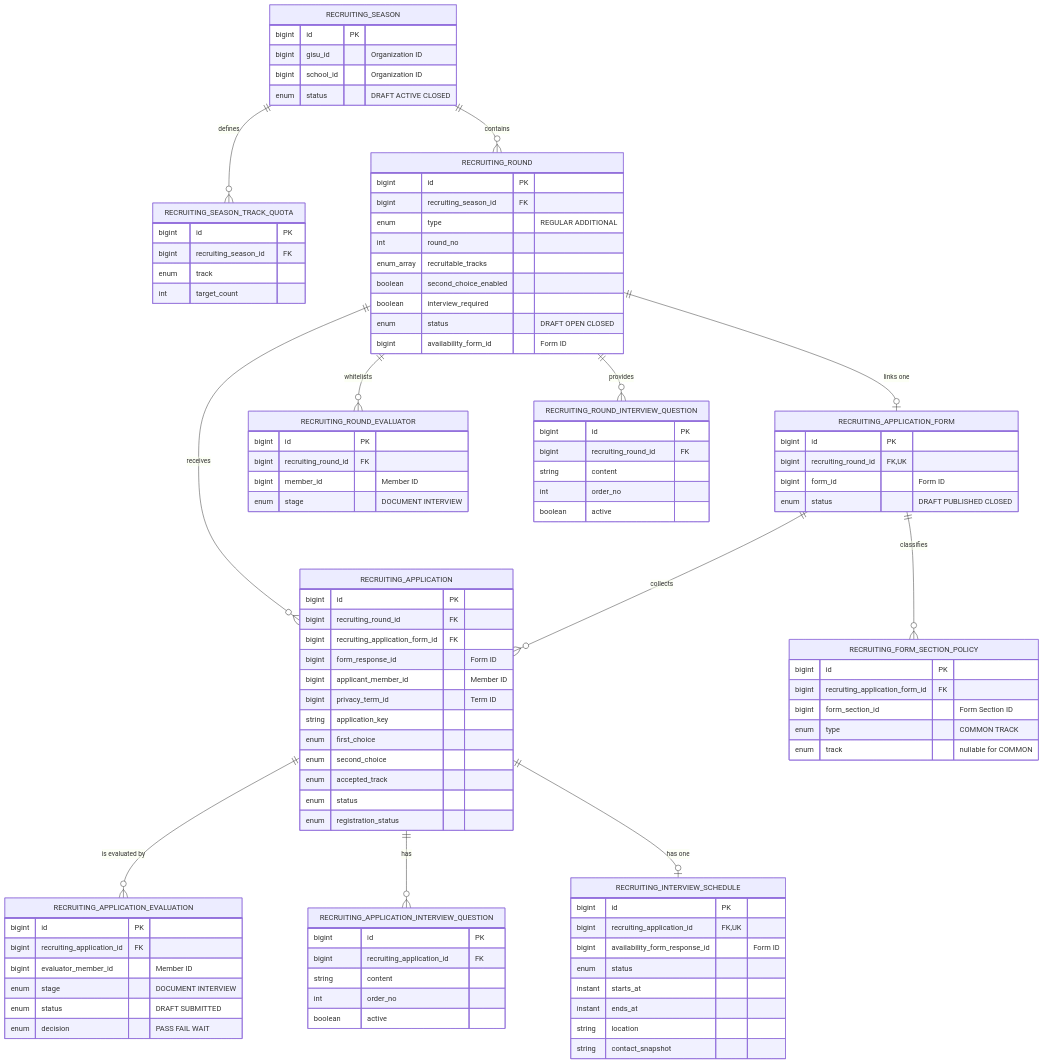
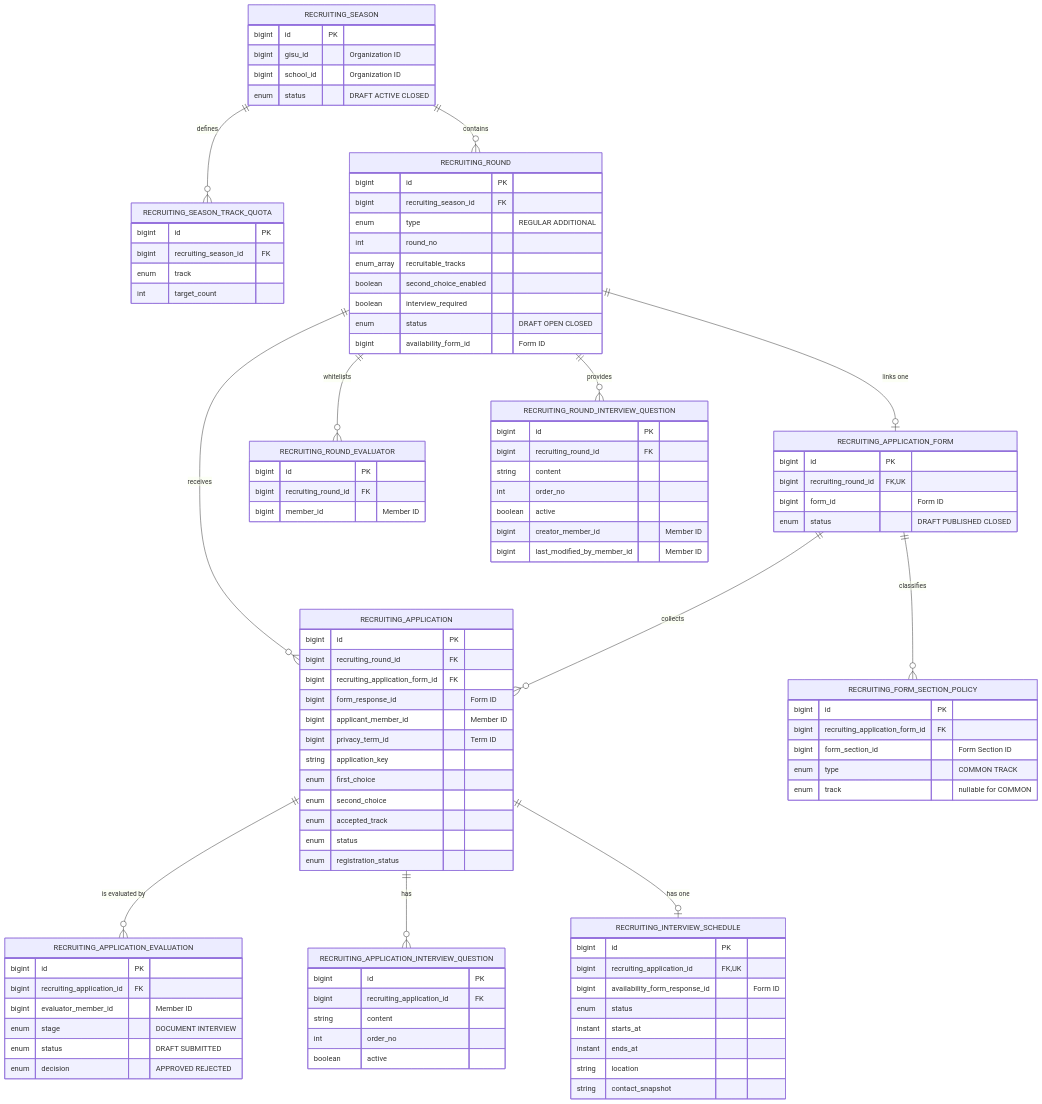
Before and after one commit to UMC-PRODUCT/cygnus-server: the first of 10 diagrams in docs/onboarding/domain/recruiting-diagrams.md, drawn with Mermaid. The commit also changed other lines of this file and 48 other files, not shown here.

```diff
--- a/docs/onboarding/domain/recruiting-diagrams.md
+++ b/docs/onboarding/domain/recruiting-diagrams.md
@@ -79,7 +79,6 @@
         bigint id PK
         bigint recruiting_round_id FK
         bigint member_id "Member ID"
-        enum stage "DOCUMENT INTERVIEW"
     }
     RECRUITING_ROUND_INTERVIEW_QUESTION {
         bigint id PK
@@ -87,6 +86,8 @@
         string content
         int order_no
         boolean active
+        bigint creator_member_id "Member ID"
+        bigint last_modified_by_member_id "Member ID"
     }
     RECRUITING_APPLICATION_INTERVIEW_QUESTION {
         bigint id PK
@@ -101,7 +102,7 @@
         bigint evaluator_member_id "Member ID"
         enum stage "DOCUMENT INTERVIEW"
         enum status "DRAFT SUBMITTED"
-        enum decision "PASS FAIL WAIT"
+        enum decision "APPROVED REJECTED"
     }
     RECRUITING_INTERVIEW_SCHEDULE {
         bigint id PK
```
